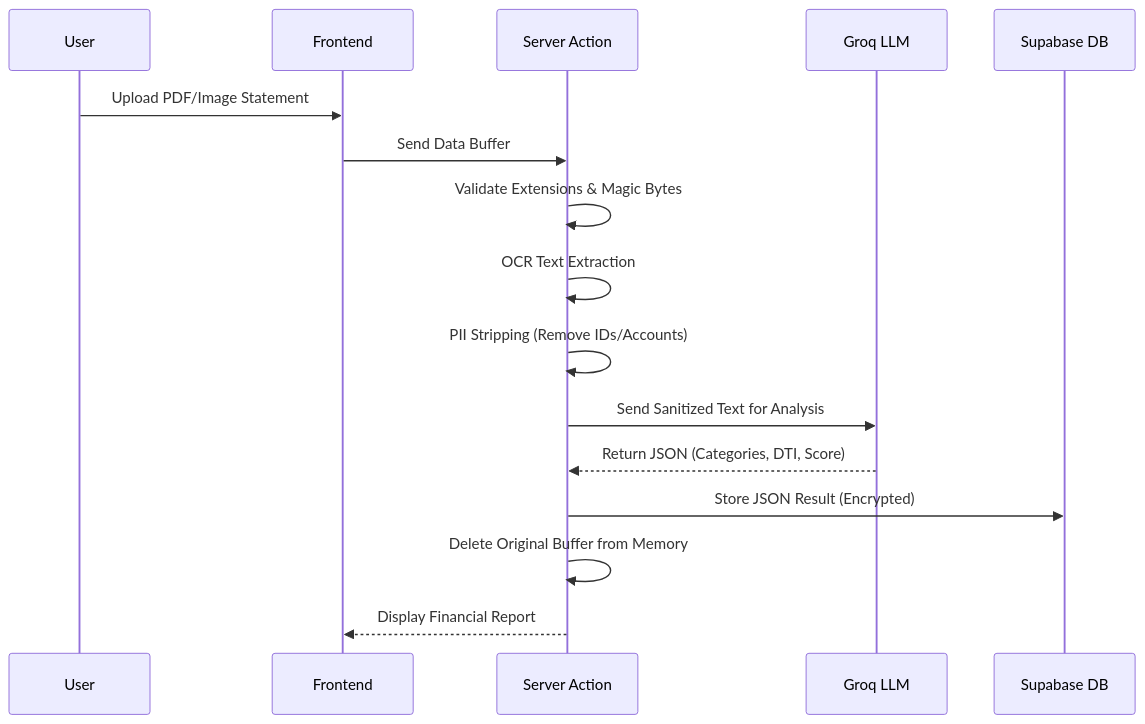
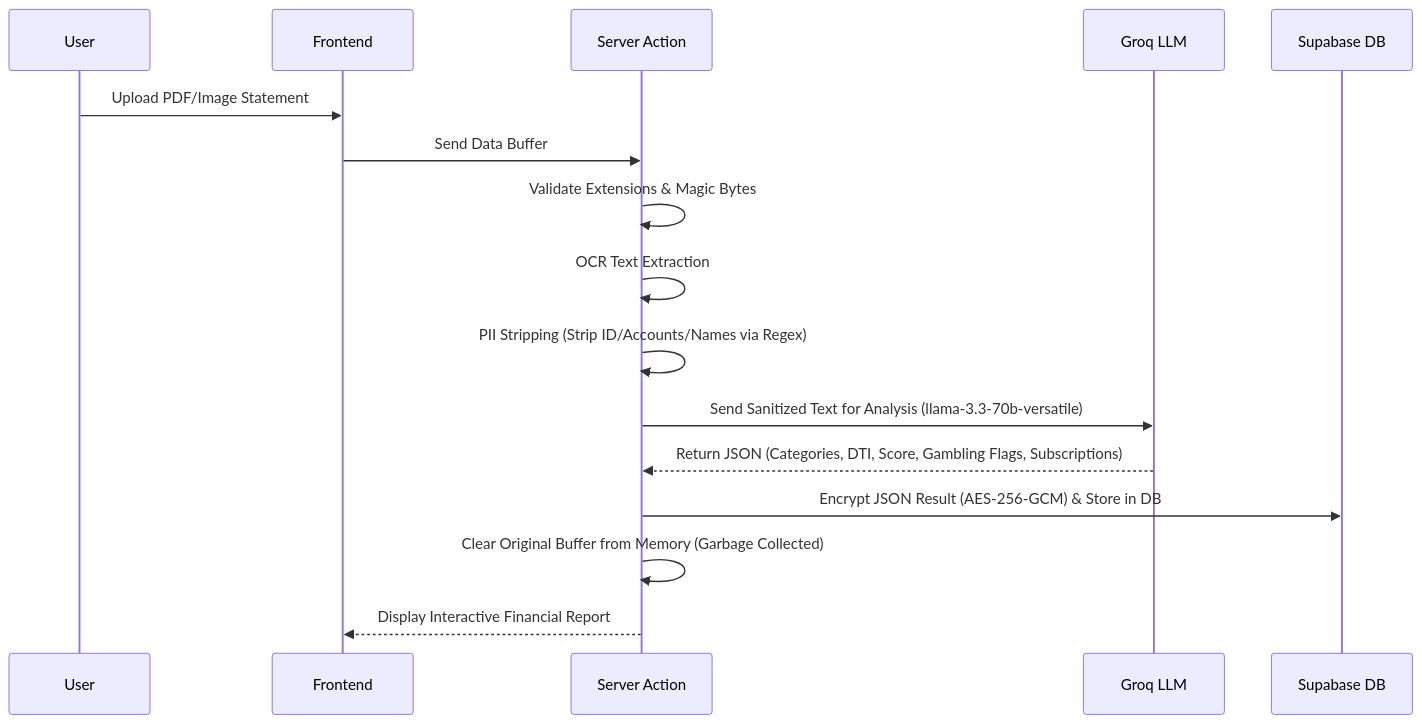
The tenth of 16 diagrams in README.md (kazanaruishere-max/SafeWallet), drawn with Mermaid before and after one commit. The commit also changed other lines of this file, not shown here.

Commit message:
docs: expand README.md with detailed high-level architecture and comprehensive Mermaid workflows for all 6 features

````diff
--- a/README.md
+++ b/README.md
@@ -295,19 +359,19 @@
 ```mermaid
 sequenceDiagram
     participant U as User
     participant F as Frontend
     participant S as Server Action
     participant AI as Groq LLM
     participant DB as Supabase DB
 
     U->>F: Upload PDF/Image Statement
     F->>S: Send Data Buffer
     S->>S: Validate Extensions & Magic Bytes
     S->>S: OCR Text Extraction
-    S->>S: PII Stripping (Remove IDs/Accounts)
-    S->>AI: Send Sanitized Text for Analysis
-    AI-->>S: Return JSON (Categories, DTI, Score)
-    S->>DB: Store JSON Result (Encrypted)
-    S->>S: Delete Original Buffer from Memory
-    S-->>F: Display Financial Report
+    S->>S: PII Stripping (Strip ID/Accounts/Names via Regex)
+    S->>AI: Send Sanitized Text for Analysis (llama-3.3-70b-versatile)
+    AI-->>S: Return JSON (Categories, DTI, Score, Gambling Flags, Subscriptions)
+    S->>DB: Encrypt JSON Result (AES-256-GCM) & Store in DB
+    S->>S: Clear Original Buffer from Memory (Garbage Collected)
+    S-->>F: Display Interactive Financial Report
 ```
````
